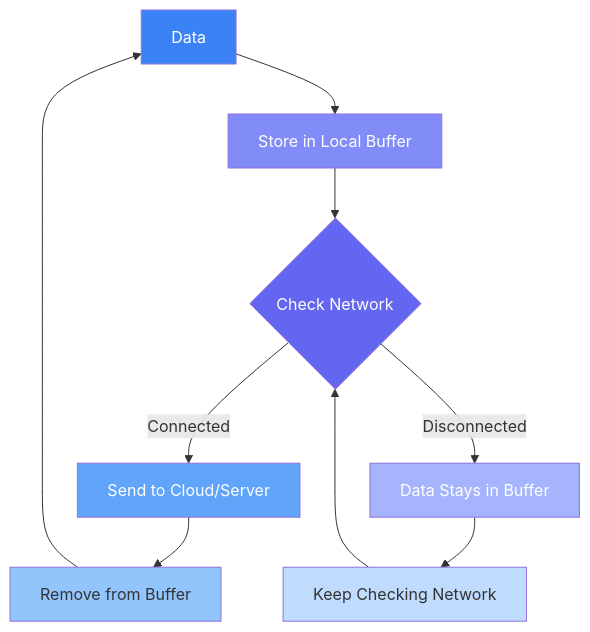
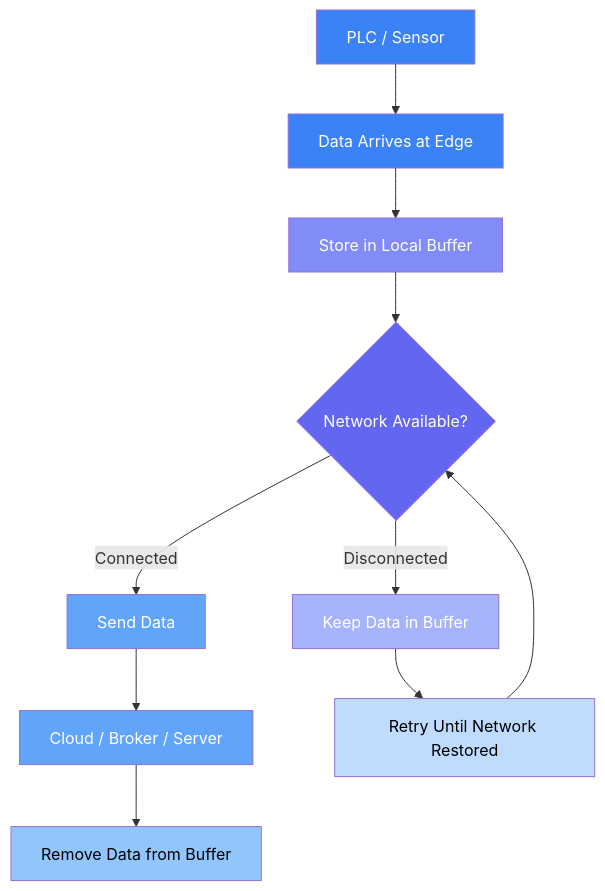
One commit to FlowFuse/website changed the diagram in src/blog/2025/11/store-and-forward-edge-data-buffering.md. Above: the diagram before and after it, drawn with Mermaid.

````diff
--- a/src/blog/2025/11/store-and-forward-edge-data-buffering.md
+++ b/src/blog/2025/11/store-and-forward-edge-data-buffering.md
@@ -27,22 +27,28 @@
 ```mermaid
 flowchart TD
-    Start[Data] --> Save[Store in Local Buffer]
-    Save --> Check{Check Network}
-    
-    Check -->|Connected| Send[Send to Cloud/Server]
-    Check -->|Disconnected| Wait[Data Stays in Buffer]
-    
-    Send --> Clear[Remove from Buffer]
-    Clear --> Start
-    
-    Wait --> CheckAgain[Keep Checking Network]
-    CheckAgain --> Check
-    
+    Source[PLC / Sensor]
+    Destination[Cloud / Broker / Server]
+
+    Source --> Start[Data Arrives at Edge]
+    Start --> Save[Store in Local Buffer]
+    Save --> Check{Network Available?}
+
+    Check -->|Connected| Send[Send Data]
+    Send --> Destination
+    Destination --> Clear[Remove Data from Buffer]
+
+    Check -->|Disconnected| Wait[Keep Data in Buffer]
+    Wait --> Retry[Retry Until Network Restored]
+    Retry --> Check
+
+    %% Styling (consistent theme)
+    style Source fill:#3B82F6,color:#fff
+    style Start fill:#3B82F6,color:#fff
     style Save fill:#818CF8,color:#fff
+    style Check fill:#6366F1,color:#fff
     style Send fill:#60A5FA,color:#fff
+    style Destination fill:#60A5FA,color:#fff
+    style Clear fill:#93C5FD,color:#000
     style Wait fill:#A5B4FC,color:#fff
-    style Check fill:#6366F1,color:#fff
-    style Start fill:#3B82F6,color:#fff
-    style Clear fill:#93C5FD
-    style CheckAgain fill:#BFDBFE
+    style Retry fill:#BFDBFE,color:#000
 ```
````
